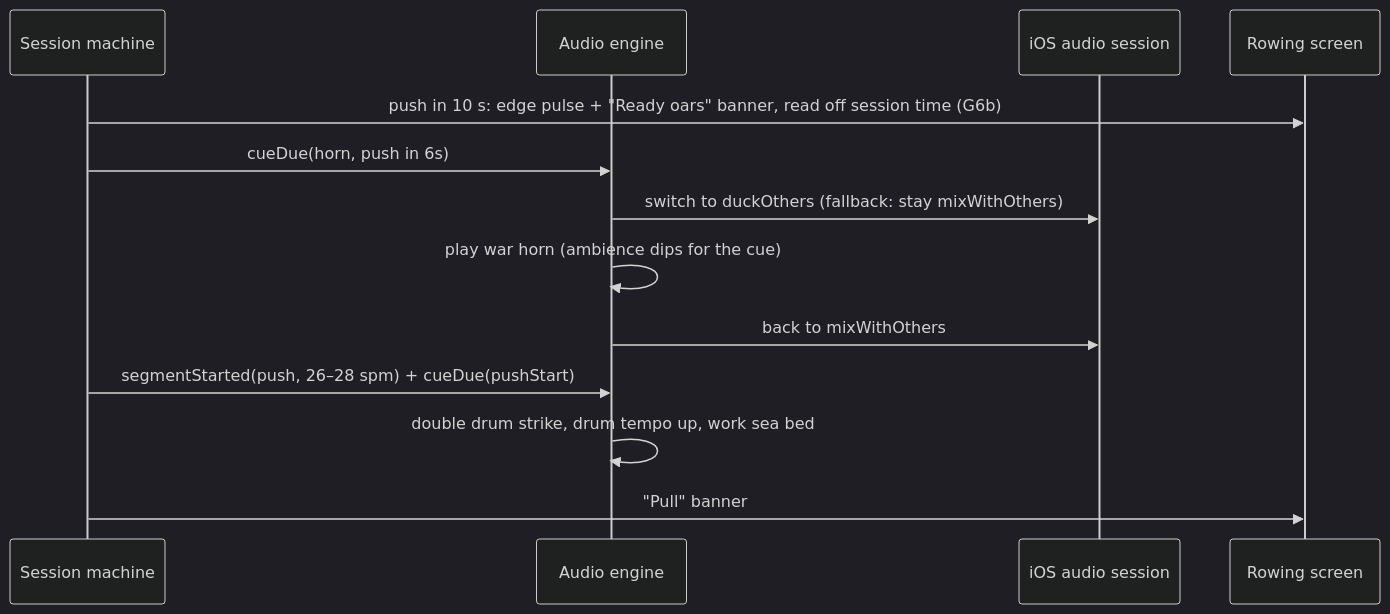
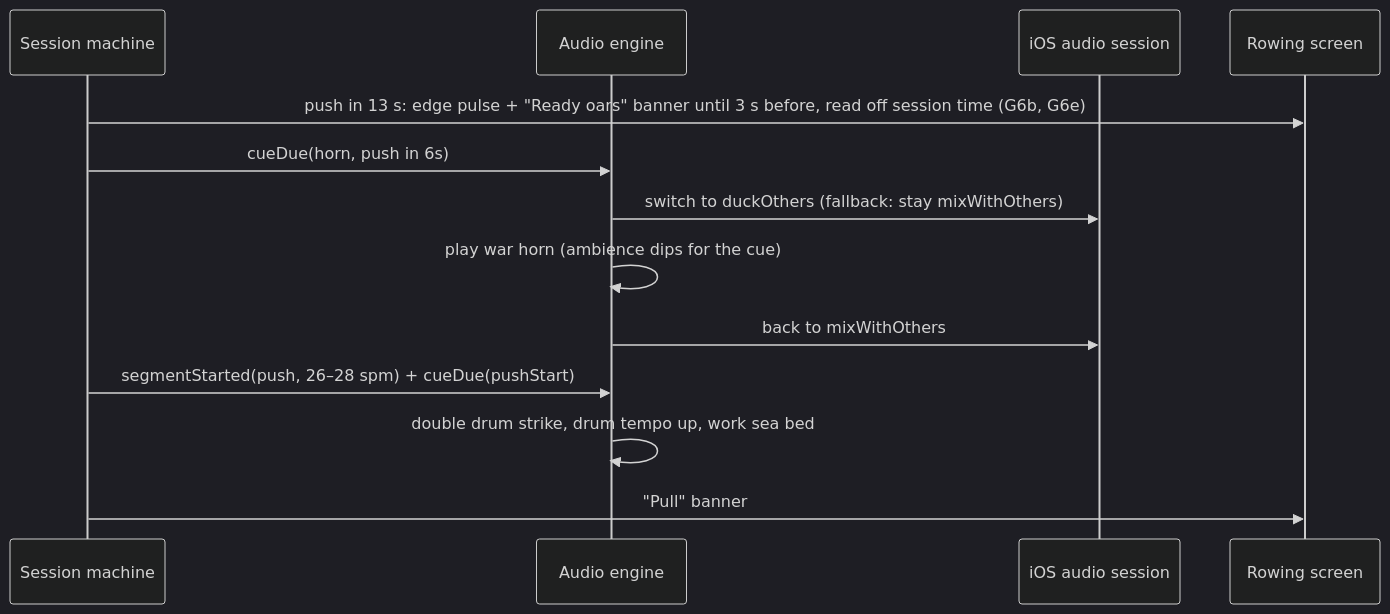
One commit to dsh971/Nord4x4 changed the third of 3 diagrams in docs/plans/2026-10-29-001-feat-nor4x4-expo-rebuild-plan.md. Above: the diagram before and after it, drawn with Mermaid (dark theme). The commit also changed other lines of this file and 23 other files, not shown here.

````diff
--- a/docs/plans/2026-10-29-001-feat-nor4x4-expo-rebuild-plan.md
+++ b/docs/plans/2026-10-29-001-feat-nor4x4-expo-rebuild-plan.md
@@ -258,15 +258,15 @@
 ```mermaid
 sequenceDiagram
   participant SM as Session machine
   participant AE as Audio engine
   participant OS as iOS audio session
   participant UI as Rowing screen
-  SM->>UI: push in 10 s: edge pulse + "Ready oars" banner, read off session time (G6b)
+  SM->>UI: push in 13 s: edge pulse + "Ready oars" banner until 3 s before, read off session time (G6b, G6e)
   SM->>AE: cueDue(horn, push in 6s)
   AE->>OS: switch to duckOthers (fallback: stay mixWithOthers)
   AE->>AE: play war horn (ambience dips for the cue)
   AE->>OS: back to mixWithOthers
   SM->>AE: segmentStarted(push, 26–28 spm) + cueDue(pushStart)
   AE->>AE: double drum strike, drum tempo up, work sea bed
   SM->>UI: "Pull" banner
 ```
````
